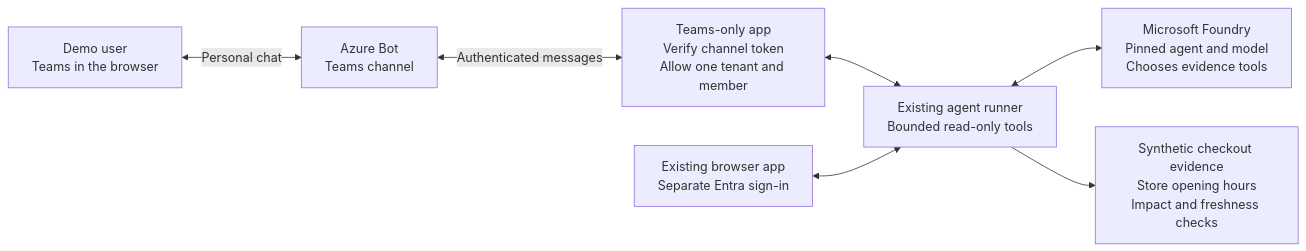
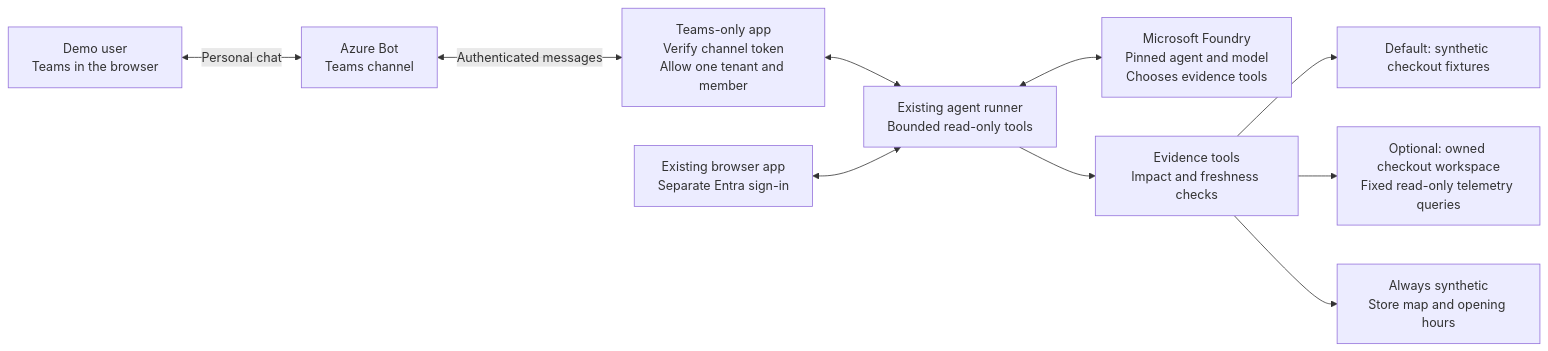
One commit to rutgerpels/azure-agentic-ops changed the diagram in scenarios/retailx/docs/teams-pilot.md. Above: the diagram before and after it, drawn with Mermaid. The commit also changed other lines of this file and 12 other files, not shown here.

First line of the commit message:
feat(retailx): add independent Teams live evidence attachment

````diff
--- a/scenarios/retailx/docs/teams-pilot.md
+++ b/scenarios/retailx/docs/teams-pilot.md
@@ -11,16 +15,22 @@
 ```mermaid
 flowchart LR
     User["Demo user<br/>Teams in the browser"]
     Bot["Azure Bot<br/>Teams channel"]
     Host["Teams-only app<br/>Verify channel token<br/>Allow one tenant and member"]
     Runner["Existing agent runner<br/>Bounded read-only tools"]
     Foundry["Microsoft Foundry<br/>Pinned agent and model<br/>Chooses evidence tools"]
-    Evidence["Synthetic checkout evidence<br/>Store opening hours<br/>Impact and freshness checks"]
+    Evidence["Evidence tools<br/>Impact and freshness checks"]
+    Fixtures["Default: synthetic checkout fixtures"]
+    Live["Optional: owned checkout workspace<br/>Fixed read-only telemetry queries"]
+    Stores["Always synthetic<br/>Store map and opening hours"]
     Browser["Existing browser app<br/>Separate Entra sign-in"]
     User <-->|Personal chat| Bot
     Bot <-->|Authenticated messages| Host
     Host <--> Runner
     Browser <--> Runner
     Runner <--> Foundry
     Runner --> Evidence
+    Evidence --> Fixtures
+    Evidence --> Live
+    Evidence --> Stores
 ```
````
